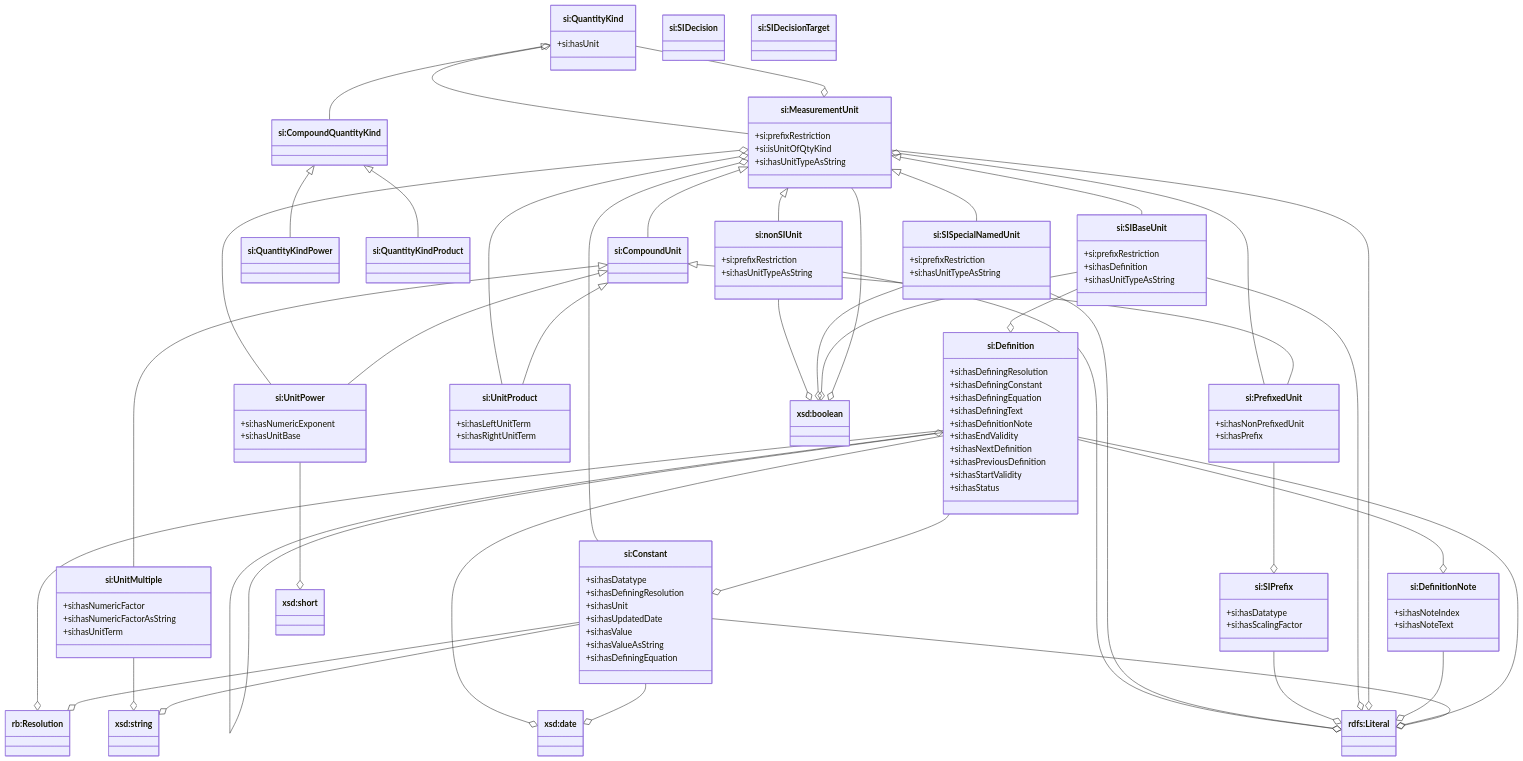
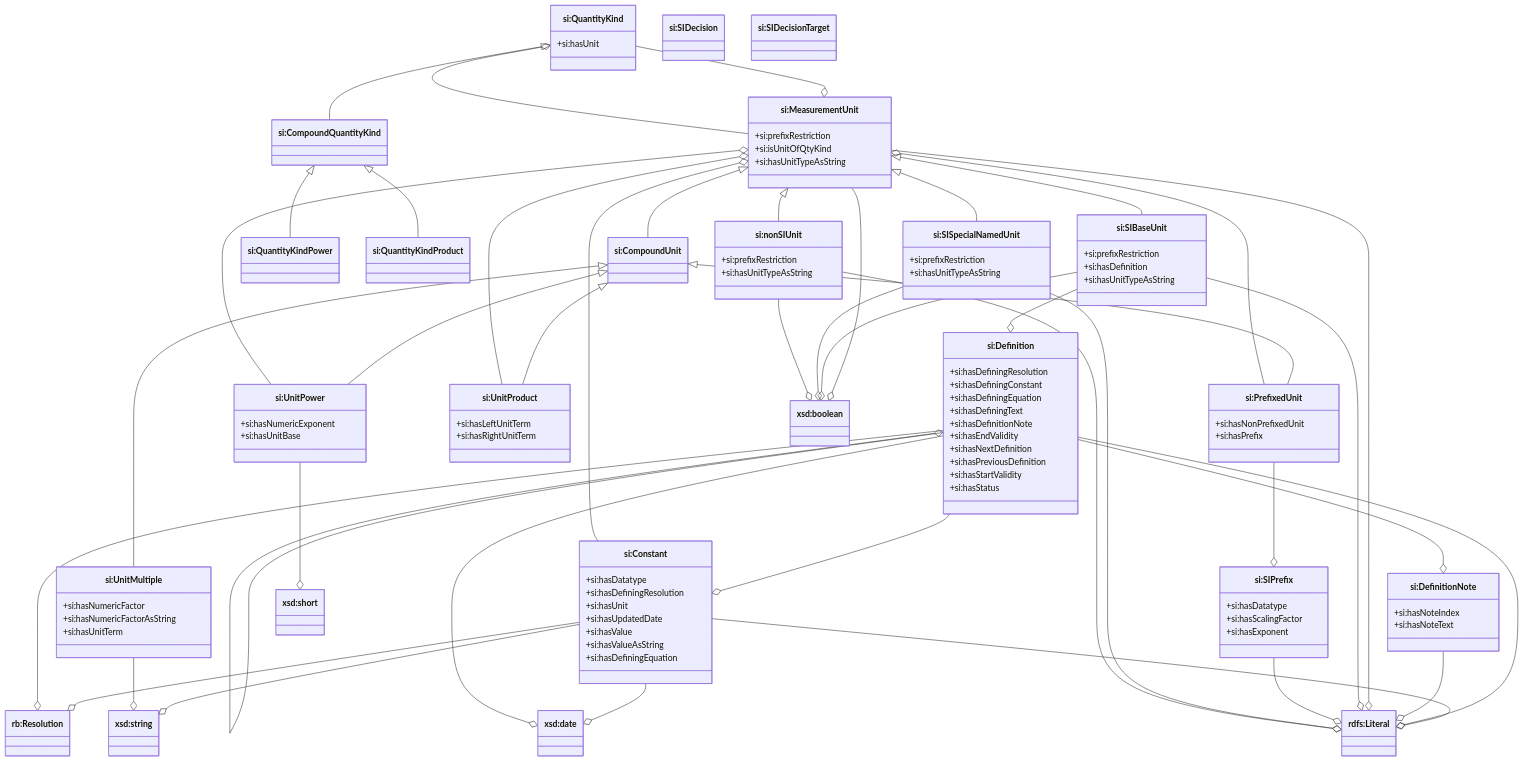
One commit to TheBIPM/SI-Reference-Point-generation-scripts changed the diagram in docs/SI_Reference_Point.md. Above: the diagram before and after it, drawn with Mermaid. The commit also changed other lines of this file and 6 other files, not shown here.

```diff
--- a/docs/SI_Reference_Point.md
+++ b/docs/SI_Reference_Point.md
@@ -136,6 +136,7 @@
 	class `si:SIPrefix`{
 		+si:hasDatatype
 		+si:hasScalingFactor
+		+si:hasExponent
 	}
 	class `si:SISpecialNamedUnit`{
 		+si:prefixRestriction
```
